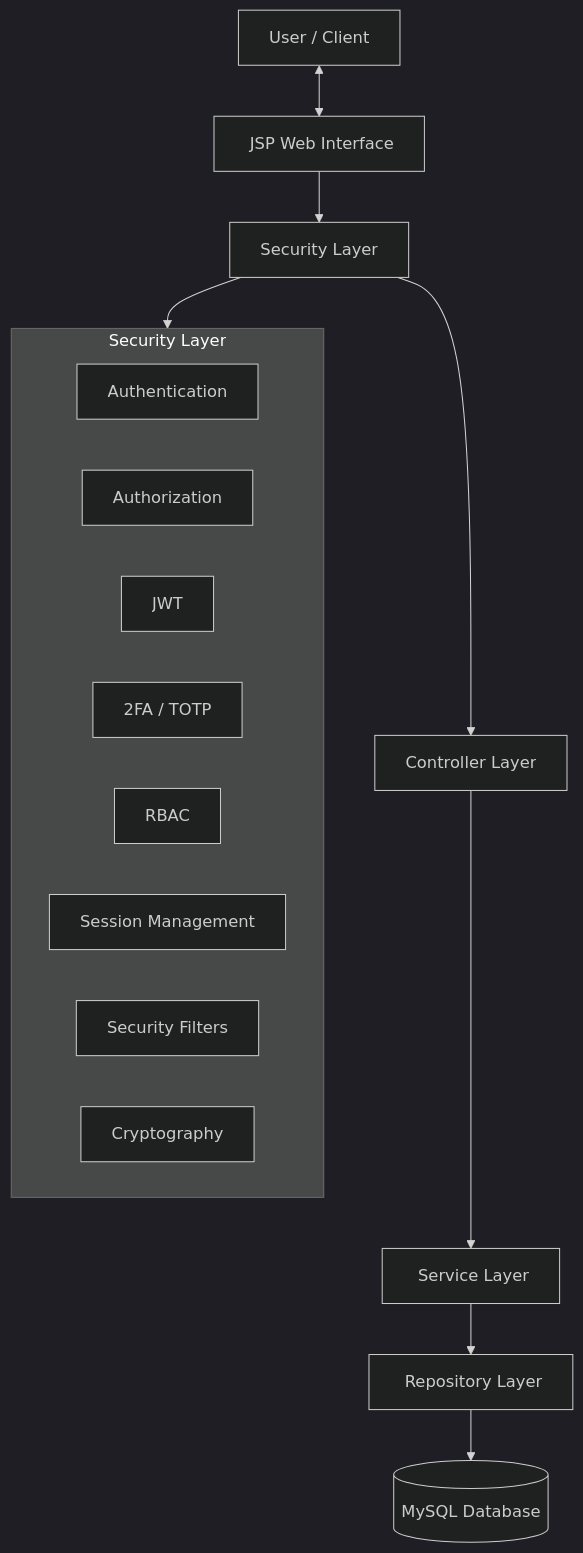
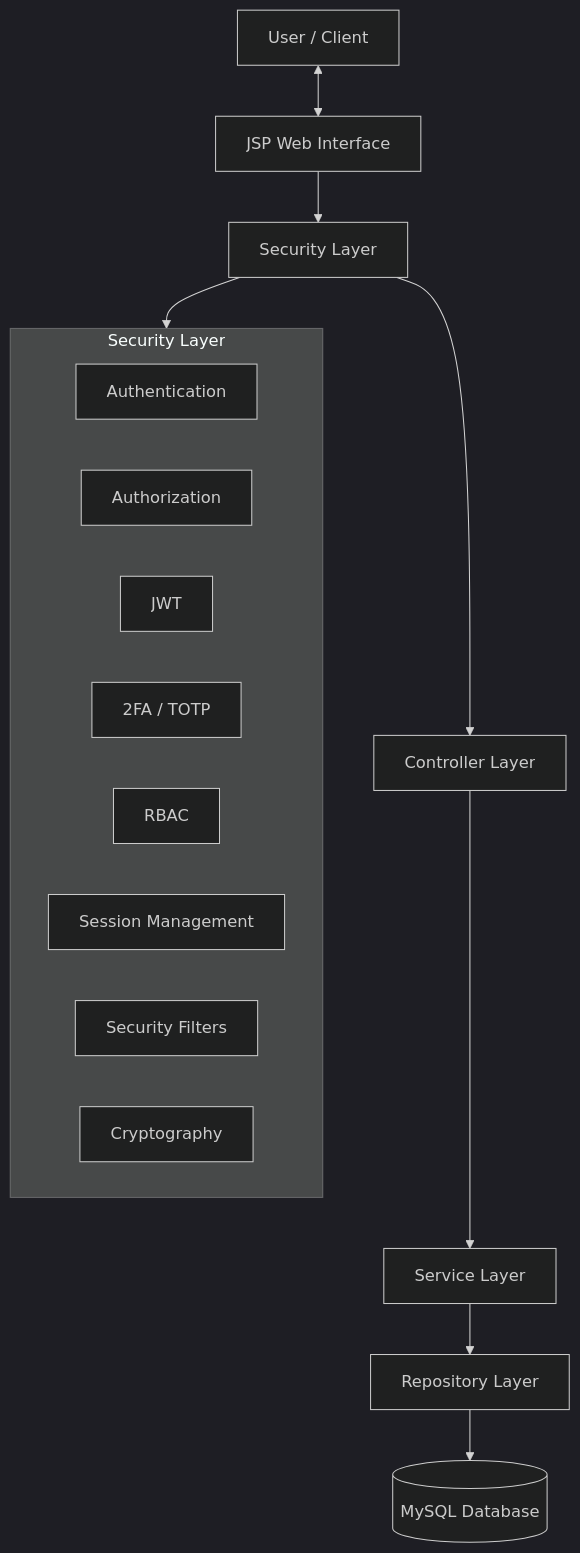
One commit to MotionPrograming/AuthorizationManagementSystem changed diagram 15 of 29 in README.md. Above: the diagram before and after it, drawn with Mermaid (dark theme). The commit also changed other lines of this file, not shown here.

````diff
--- a/README.md
+++ b/README.md
@@ -601,37 +577,36 @@
 ```mermaid
 flowchart TB
-
-CLIENT[" User / Client"]
-
-UI["️ JSP Web Interface"]
-
-SECURITY[" Security Layer"]
-
-CONTROLLER[" Controller Layer"]
-
-SERVICE["️ Service Layer"]
-
-REPOSITORY["️ Repository Layer"]
-
-DATABASE[(" MySQL Database")]
-
-CLIENT <--> UI
-UI --> SECURITY
-SECURITY --> CONTROLLER
-CONTROLLER --> SERVICE
-SERVICE --> REPOSITORY
-REPOSITORY --> DATABASE
-
+    CLIENT["User / Client"]
+    
+    UI["JSP Web Interface"]
+    
+    SECURITY["Security Layer"]
+    
+    CONTROLLER["Controller Layer"]
+    
+    SERVICE["Service Layer"]
+    
+    REPOSITORY["Repository Layer"]
+    
+    DATABASE[("MySQL Database")]
+    
+    CLIENT <--> UI
+    UI --> SECURITY
+    SECURITY --> CONTROLLER
+    CONTROLLER --> SERVICE
+    SERVICE --> REPOSITORY
+    REPOSITORY --> DATABASE
+    
     subgraph SECURITY_MODULE["Security Layer"]
-    AUTH["Authentication"]
-    AUTHZ["Authorization"]
-    JWT["JWT"]
-    TOTP["2FA / TOTP"]
-    RBAC["RBAC"]
-    SESSION["Session Management"]
-    FILTER["Security Filters"]
-    CRYPTO["Cryptography"]
+        AUTH["Authentication"]
+        AUTHZ["Authorization"]
+        JWT_SEC["JWT"]
+        TOTP_SEC["2FA / TOTP"]
+        RBAC_SEC["RBAC"]
+        SESSION_SEC["Session Management"]
+        FILTER["Security Filters"]
+        CRYPTO["Cryptography"]
     end
-
-SECURITY --> SECURITY_MODULE
+    
+    SECURITY --> SECURITY_MODULE
 ```
````
